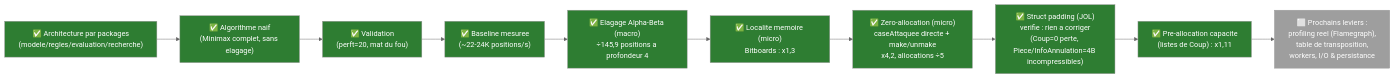
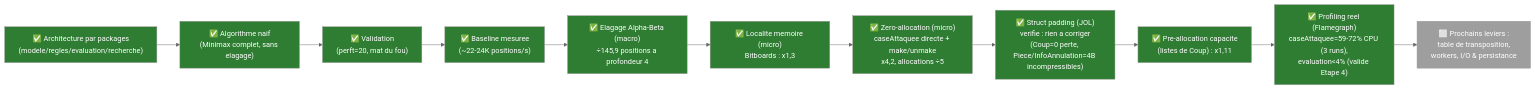
Before and after one commit to YoussefGoat123/FILROUGE: diagram 25 of 25 in MoteurEchecs/shemas/schemas.md, drawn with Mermaid (neutral theme). The commit also changed other lines of this file and 10 other files, not shown here.

First line of the commit message:
feat: add DiagnosticProfilingReel for CPU profiling and create corresponding script and documentation

````diff
--- a/MoteurEchecs/shemas/schemas.md
+++ b/MoteurEchecs/shemas/schemas.md
@@ -531,23 +557,25 @@
 ```mermaid
 flowchart LR
     A["✅ Architecture par packages\n(modele/regles/evaluation/recherche)"] --> B["✅ Algorithme naif\n(Minimax complet, sans elagage)"]
     B --> C["✅ Validation\n(perft=20, mat du fou)"]
     C --> D["✅ Baseline mesuree\n(~22-24K positions/s)"]
     D --> E["✅ Elagage Alpha-Beta (macro)\n÷145,9 positions a profondeur 4"]
     E --> EE["✅ Localite memoire (micro)\nBitboards : x1,3"]
     EE --> ZA["✅ Zero-allocation (micro)\ncaseAttaquee directe + make/unmake\nx4,2, allocations ÷5"]
     ZA --> SP["✅ Struct padding (JOL)\nverifie : rien a corriger\n(Coup=0 perte, Piece/InfoAnnulation=4B incompressibles)"]
     SP --> PA["✅ Pre-allocation capacite\n(listes de Coup) : x1,11"]
-    PA --> F["⬜ Prochains leviers :\nprofiling reel (Flamegraph),\ntable de transposition,\nworkers, I/O & persistance"]
+    PA --> PR["✅ Profiling reel (Flamegraph)\ncaseAttaquee=59-72% CPU (3 runs),\nevaluation<4% (valide Etape 4)"]
+    PR --> F["⬜ Prochains leviers :\ntable de transposition,\nworkers, I/O & persistance"]
 
     style A fill:#2e7d32,color:#fff
     style B fill:#2e7d32,color:#fff
     style C fill:#2e7d32,color:#fff
     style D fill:#2e7d32,color:#fff
     style EE fill:#2e7d32,color:#fff
     style E fill:#2e7d32,color:#fff
     style ZA fill:#2e7d32,color:#fff
     style SP fill:#2e7d32,color:#fff
     style PA fill:#2e7d32,color:#fff
+    style PR fill:#2e7d32,color:#fff
     style F fill:#9e9e9e,color:#fff
 ```
````
